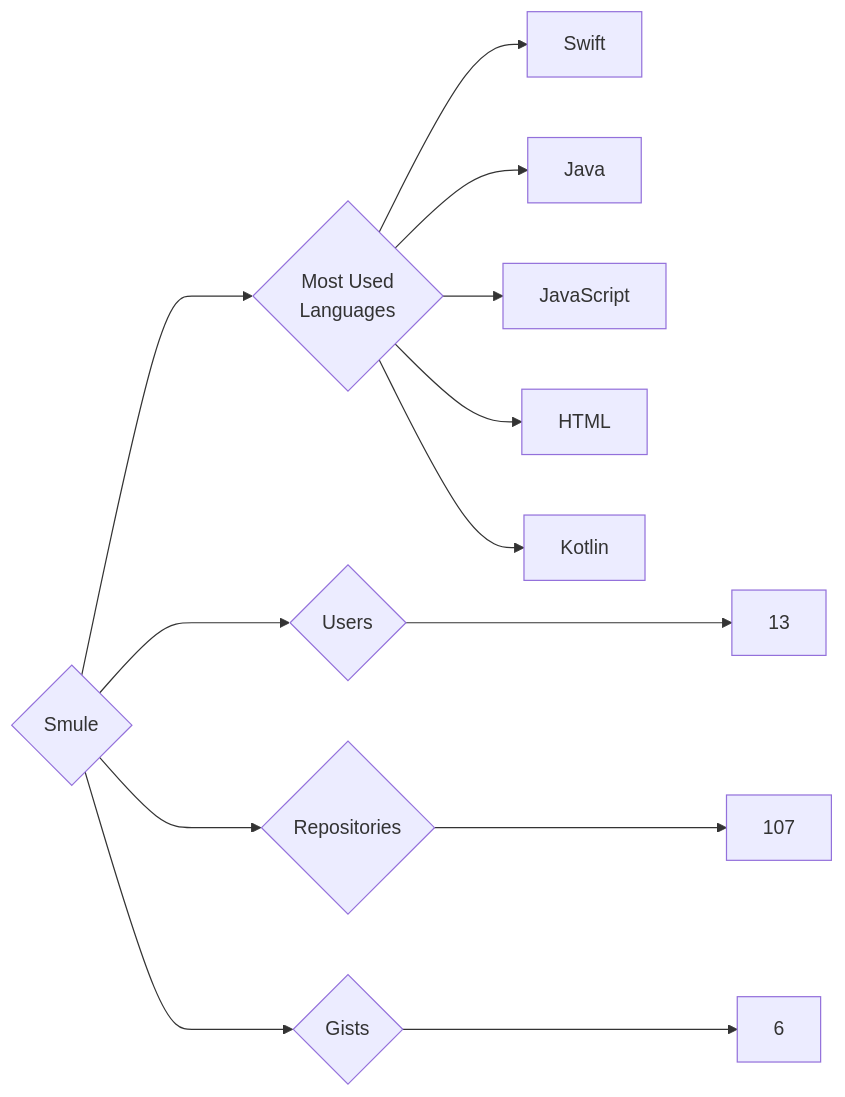
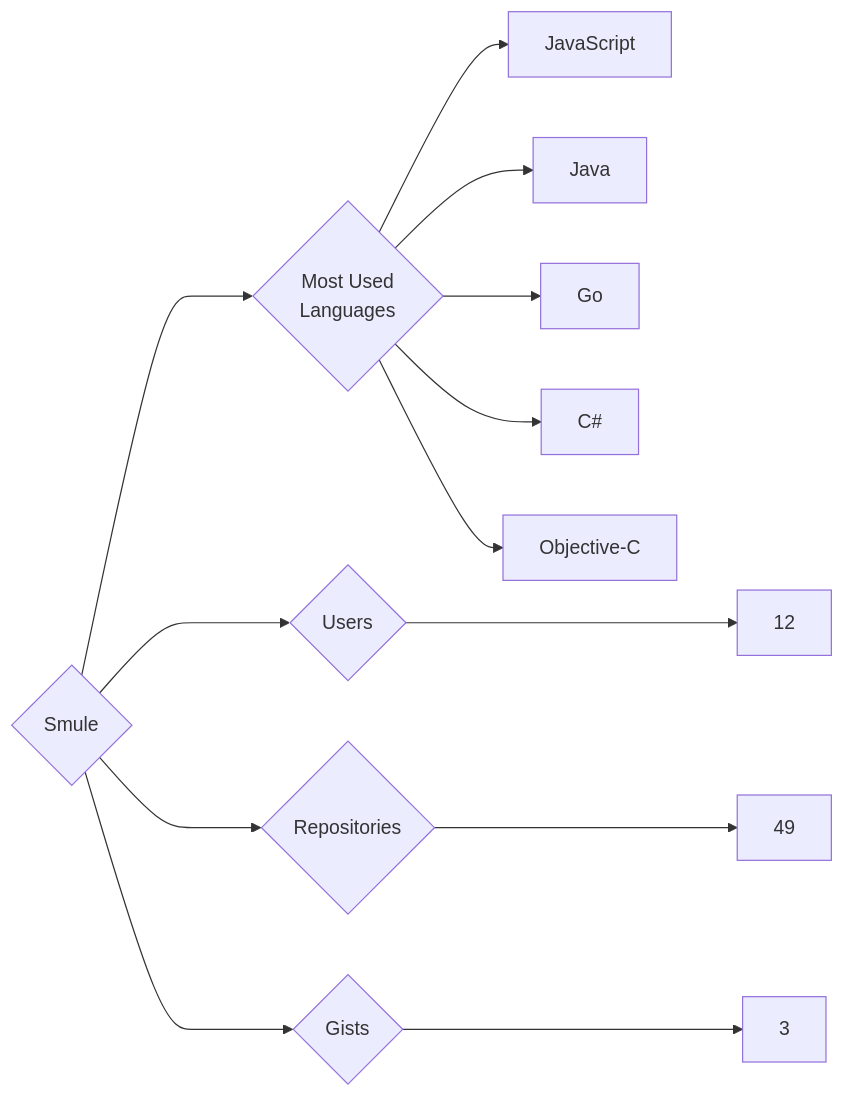
The diagram in targets/Smule/README.md (trickest/insiders), drawn with Mermaid before and after one commit. The commit also changed 1011 other files, not shown here.

````diff
--- a/targets/Smule/README.md
+++ b/targets/Smule/README.md
@@ -3,13 +3,13 @@
 ```mermaid
 graph LR
 COMPANY_NAME{Smule}
-COMPANY_NAME ---> U{Users} ---> UN[13]
-COMPANY_NAME ---> R{Repositories} ---> RN[107]
-COMPANY_NAME ---> G{Gists} ---> GN[6]
+COMPANY_NAME ---> U{Users} ---> UN[12]
+COMPANY_NAME ---> R{Repositories} ---> RN[49]
+COMPANY_NAME ---> G{Gists} ---> GN[3]
 COMPANY_NAME ---> ML{Most Used<br>Languages}
-ML --> Swift[Swift]
+ML --> JavaScript[JavaScript]
 ML --> Java[Java]
-ML --> JavaScript[JavaScript]
-ML --> HTML[HTML]
-ML --> Kotlin[Kotlin]
+ML --> Go[Go]
+ML --> C#[C#]
+ML --> Objective-C[Objective-C]
 ```
````
